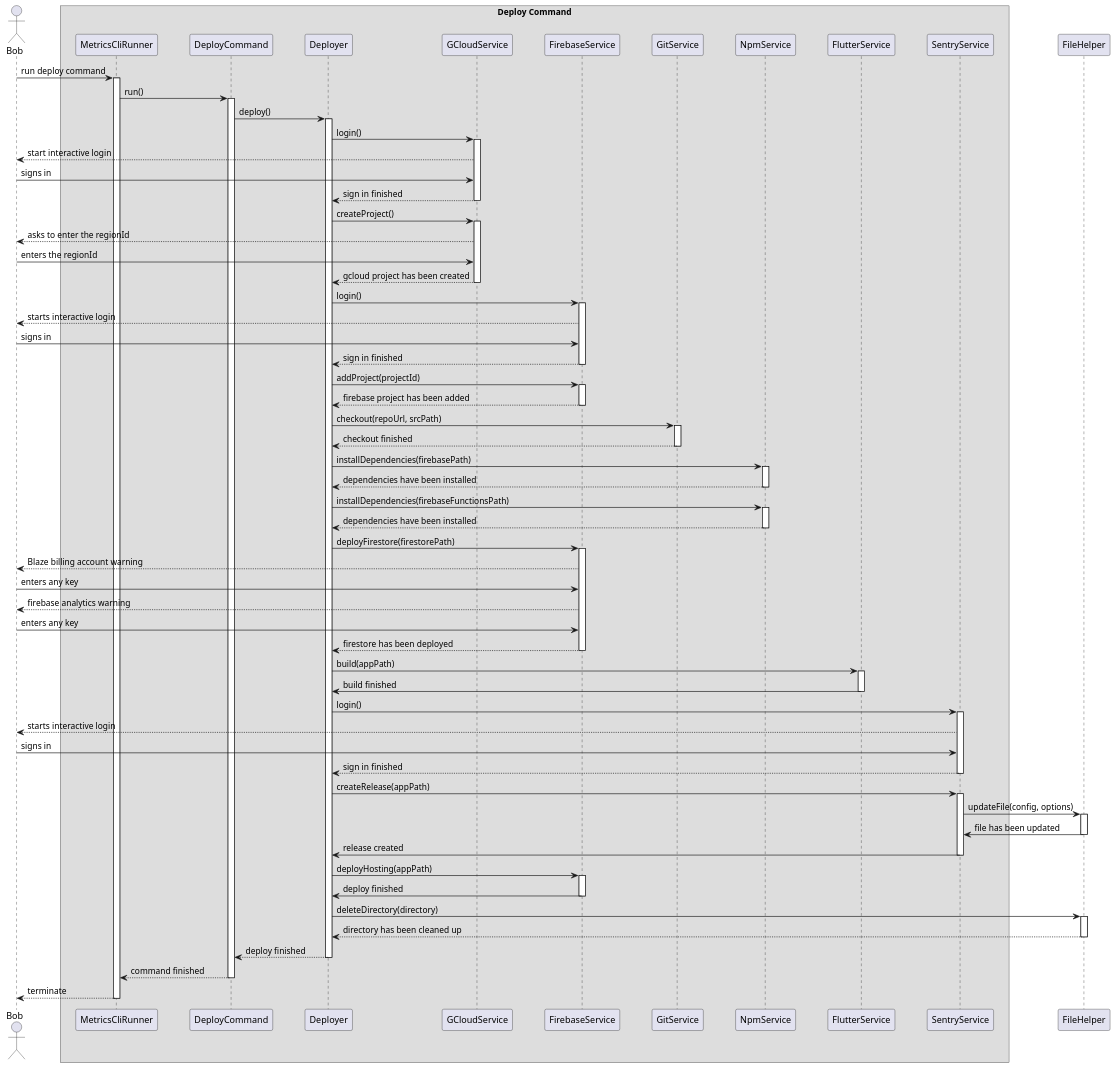
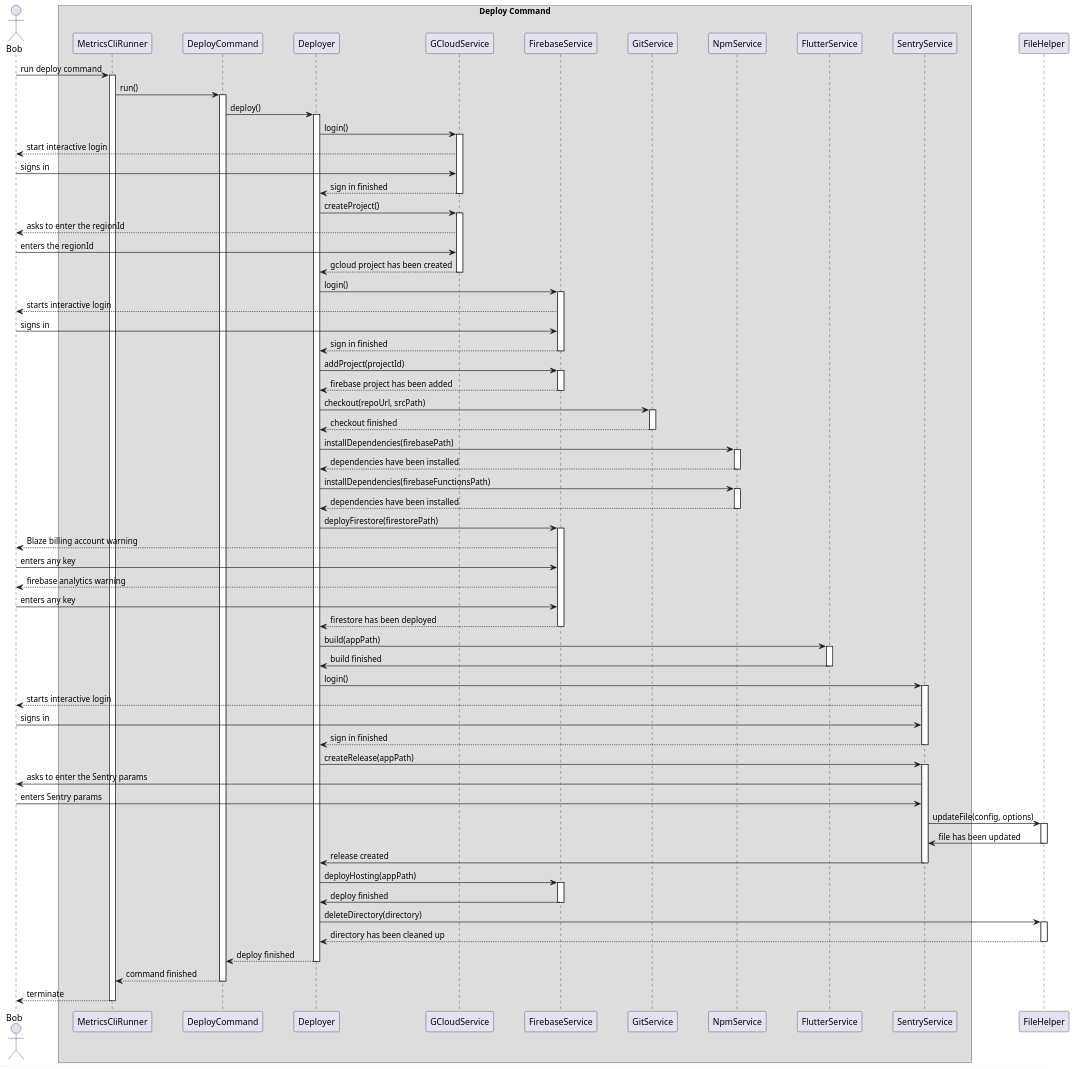
The diagram in metrics/cli/docs/diagrams/deploy_command_sequence_diagram.puml (Flank/flank-dashboard), drawn with PlantUML before and after one commit. The commit also changed 1 other file, not shown here.

```diff
--- a/metrics/cli/docs/diagrams/deploy_command_sequence_diagram.puml
+++ b/metrics/cli/docs/diagrams/deploy_command_sequence_diagram.puml
@@ -1,93 +1,95 @@
 @startuml deploy_command_sequence_diagram
 
 scale 1900 height
 
 skinparam ParticipantPadding 20
 skinparam BoxPadding 10
 
 actor Bob
 
 box Deploy Command
 participant MetricsCliRunner
 participant DeployCommand
 participant Deployer
 participant GCloudService
 participant FirebaseService
 participant GitService
 participant NpmService
 participant FlutterService
 participant SentryService
 end box
 
 
 participant FileHelper
 
 Bob -> MetricsCliRunner ++ : run deploy command
 MetricsCliRunner -> DeployCommand ++ : run()
 DeployCommand -> Deployer ++ : deploy()
 Deployer -> GCloudService ++ : login()
 
 GCloudService --> Bob : start interactive login
 Bob -> GCloudService : signs in
 GCloudService --> Deployer -- : sign in finished
 
 Deployer -> GCloudService ++ : createProject()
 
 GCloudService --> Bob : asks to enter the regionId
 Bob -> GCloudService : enters the regionId
 
 GCloudService --> Deployer -- : gcloud project has been created
 
 Deployer -> FirebaseService ++ : login()
 FirebaseService --> Bob : starts interactive login
 Bob -> FirebaseService : signs in
 FirebaseService --> Deployer -- : sign in finished
 
 Deployer -> FirebaseService ++ : addProject(projectId)
 
 FirebaseService --> Deployer -- : firebase project has been added
 
 Deployer -> GitService ++ : checkout(repoUrl, srcPath)
 GitService --> Deployer -- : checkout finished
 
 
 Deployer -> NpmService ++ : installDependencies(firebasePath)
 NpmService --> Deployer -- : dependencies have been installed
 
 Deployer -> NpmService ++ : installDependencies(firebaseFunctionsPath)
 NpmService --> Deployer --: dependencies have been installed
 
 Deployer -> FirebaseService ++ : deployFirestore(firestorePath)
 
 FirebaseService --> Bob : Blaze billing account warning
 Bob -> FirebaseService : enters any key
 
 FirebaseService --> Bob : firebase analytics warning
 Bob -> FirebaseService : enters any key
 
 FirebaseService --> Deployer -- : firestore has been deployed
 
 
 Deployer -> FlutterService ++ : build(appPath)
 FlutterService -> Deployer -- : build finished
 
 Deployer -> SentryService ++ : login()
 SentryService --> Bob : starts interactive login
 Bob -> SentryService : signs in
 SentryService --> Deployer -- : sign in finished
 
 Deployer -> SentryService ++ : createRelease(appPath)
+SentryService -> Bob : asks to enter the Sentry params
+Bob -> SentryService : enters Sentry params
 SentryService -> FileHelper ++ : updateFile(config, options)
 FileHelper -> SentryService -- : file has been updated
 SentryService -> Deployer -- : release created
 
 Deployer -> FirebaseService ++ : deployHosting(appPath)
 FirebaseService -> Deployer -- : deploy finished
 
 Deployer -> FileHelper ++: deleteDirectory(directory)
 FileHelper --> Deployer --: directory has been cleaned up
 Deployer --> DeployCommand --: deploy finished
 DeployCommand --> MetricsCliRunner --: command finished
 MetricsCliRunner --> Bob -- : terminate
 
 @enduml
```
